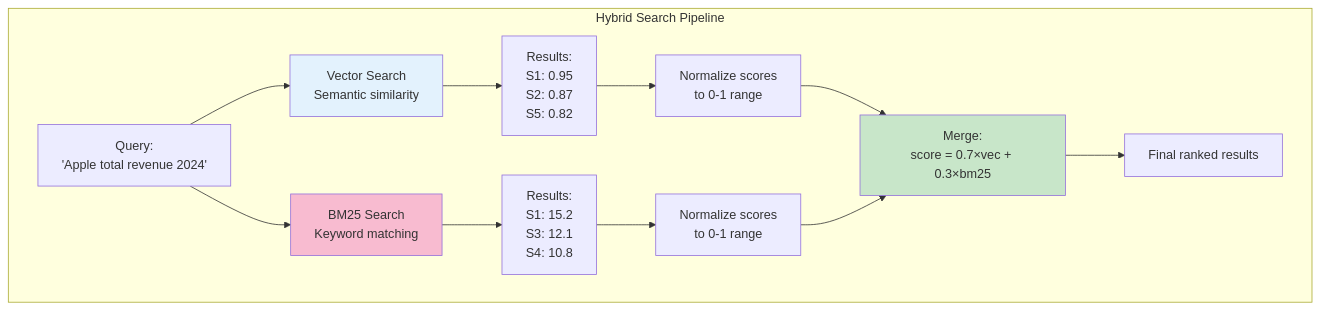
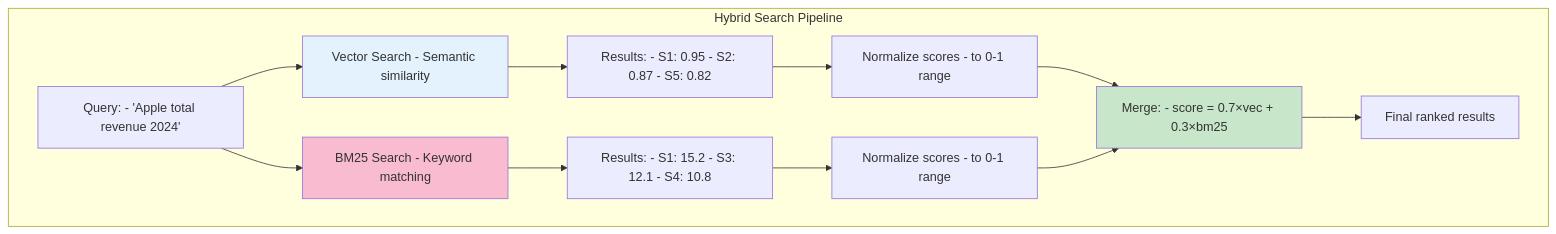
One commit to indhra/llm_rag_sec_findings changed the eighth of 10 diagrams in docs/learning/04-vector-databases.md. Above: the diagram before and after it, drawn with Mermaid. The commit also changed other lines of this file and 9 other files, not shown here.

````diff
--- a/docs/learning/04-vector-databases.md
+++ b/docs/learning/04-vector-databases.md
@@ -292,24 +292,24 @@
 ```mermaid
 graph TB
     subgraph "Hybrid Search Pipeline"
-        Q[Query:<br/>'Apple total revenue 2024'] 
+        Q[Query: - 'Apple total revenue 2024'] 
         
-        Q --> V[Vector Search<br/>Semantic similarity]
-        Q --> B[BM25 Search<br/>Keyword matching]
+        Q --> V[Vector Search - Semantic similarity]
+        Q --> B[BM25 Search - Keyword matching]
         
-        V --> R1[Results:<br/>S1: 0.95<br/>S2: 0.87<br/>S5: 0.82]
-        B --> R2[Results:<br/>S1: 15.2<br/>S3: 12.1<br/>S4: 10.8]
+        V --> R1[Results: - S1: 0.95 - S2: 0.87 - S5: 0.82]
+        B --> R2[Results: - S1: 15.2 - S3: 12.1 - S4: 10.8]
         
-        R1 --> N1[Normalize scores<br/>to 0-1 range]
-        R2 --> N2[Normalize scores<br/>to 0-1 range]
+        R1 --> N1[Normalize scores - to 0-1 range]
+        R2 --> N2[Normalize scores - to 0-1 range]
         
-        N1 --> M[Merge:<br/>score = 0.7×vec + 0.3×bm25]
+        N1 --> M[Merge: - score = 0.7×vec + 0.3×bm25]
         N2 --> M
         
         M --> F[Final ranked results]
     end
     
     style V fill:#e3f2fd
     style B fill:#f8bbd0
     style M fill:#c8e6c9
 ```
````
